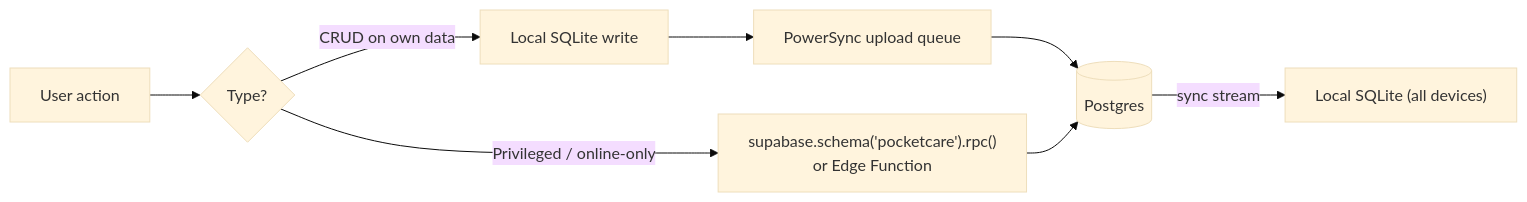
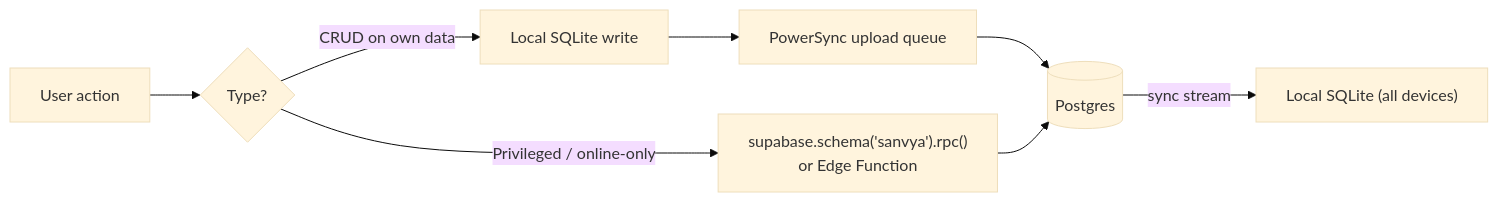
One commit to replyto-pocketcare/pocketcare-app changed the second of 3 diagrams in docs/architecture/01-system-overview.md. Above: the diagram before and after it, drawn with Mermaid (base theme). The commit also changed other lines of this file and 451 other files, not shown here.

Commit message:
refactor: Rename SanvyaSchema and sanvya.db to PocketCareSchema and pocketcare.db

````diff
--- a/docs/architecture/01-system-overview.md
+++ b/docs/architecture/01-system-overview.md
@@ -98,7 +98,7 @@
 ```mermaid
 flowchart LR
     U["User action"] --> D{"Type?"}
     D -->|"CRUD on own data"| L["Local SQLite write"] --> S["PowerSync upload queue"] --> PG[("Postgres")]
-    D -->|"Privileged / online-only"| R["supabase.schema('pocketcare').rpc()<br/>or Edge Function"] --> PG
+    D -->|"Privileged / online-only"| R["supabase.schema('sanvya').rpc()<br/>or Edge Function"] --> PG
     PG -->|"sync stream"| L2["Local SQLite (all devices)"]
 ```
````
